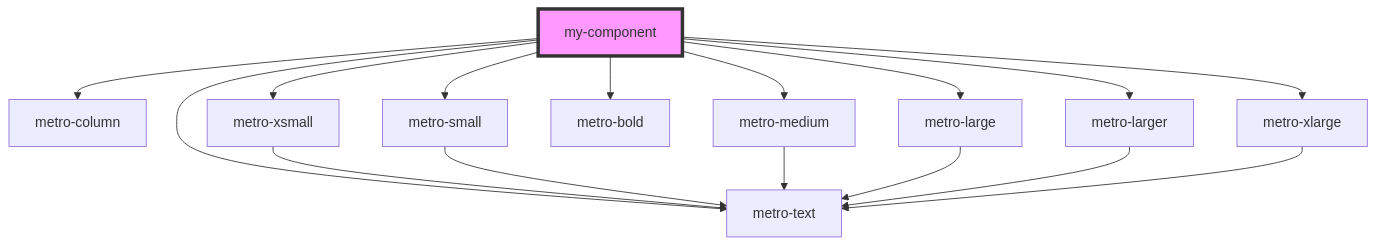
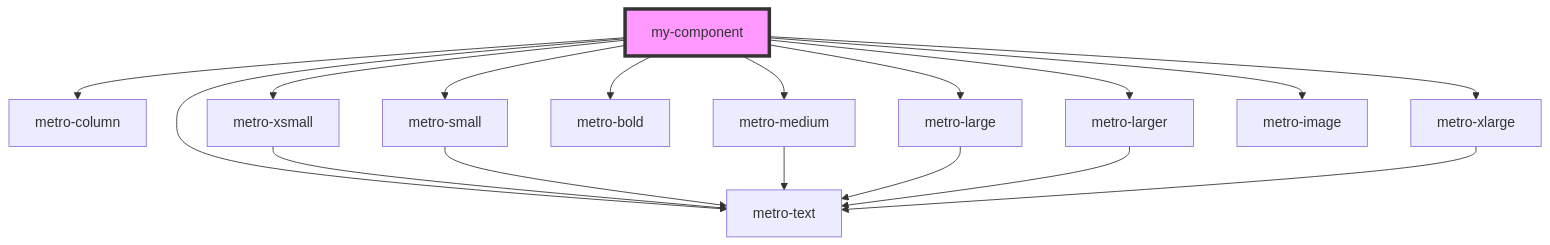
The diagram in packages/metro-components/src/components/my-component/readme.md (vyppN/vyppN-web), drawn with Mermaid before and after one commit. The commit also changed other lines of this file and 102 other files, not shown here.

````diff
--- a/packages/metro-components/src/components/my-component/readme.md
+++ b/packages/metro-components/src/components/my-component/readme.md
@@ -23,19 +24,20 @@
 ```mermaid
 graph TD;
   my-component --> metro-column
   my-component --> metro-xsmall
   my-component --> metro-small
   my-component --> metro-medium
   my-component --> metro-text
   my-component --> metro-bold
   my-component --> metro-large
   my-component --> metro-larger
   my-component --> metro-xlarge
+  my-component --> metro-image
   metro-xsmall --> metro-text
   metro-small --> metro-text
   metro-medium --> metro-text
   metro-large --> metro-text
   metro-larger --> metro-text
   metro-xlarge --> metro-text
   style my-component fill:#f9f,stroke:#333,stroke-width:4px
 ```
````
